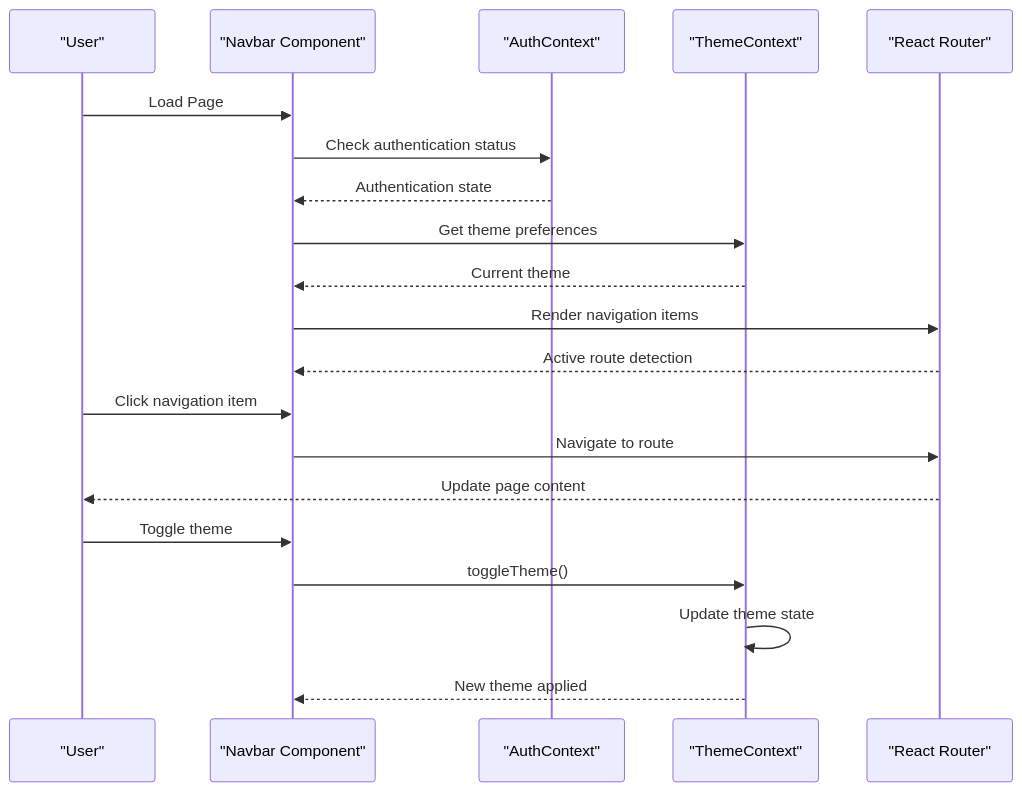
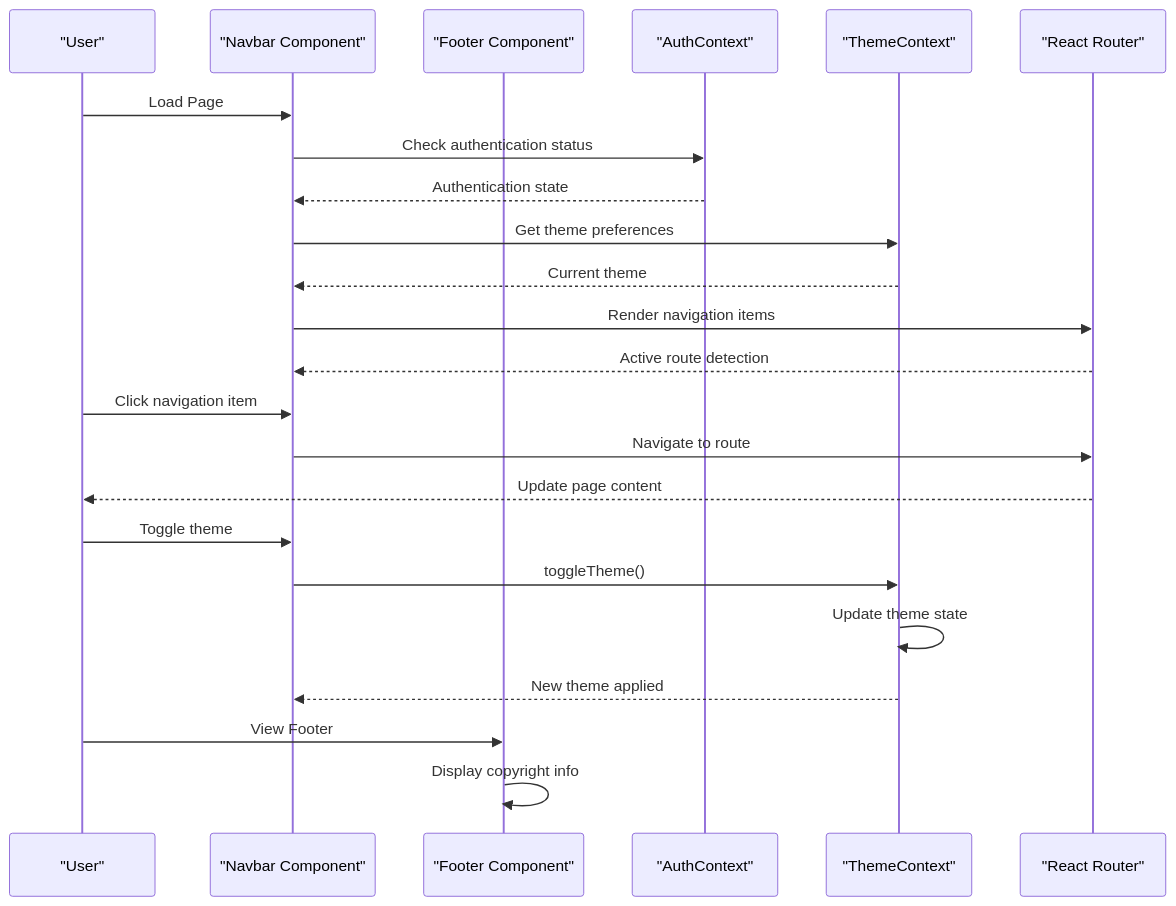
One commit to aayeshasiddiqah2611-pixel/flavora_ai_server changed the sixth of 14 diagrams in .qoder/repowiki/en/content/Component System Architecture.md. Above: the diagram before and after it, drawn with Mermaid. The commit also changed other lines of this file and 20 other files, not shown here.

````diff
--- a/.qoder/repowiki/en/content/Component System Architecture.md
+++ b/.qoder/repowiki/en/content/Component System Architecture.md
@@ -263,22 +288,25 @@
 ```mermaid
 sequenceDiagram
 participant User as "User"
 participant Navbar as "Navbar Component"
+participant Footer as "Footer Component"
 participant AuthCtx as "AuthContext"
 participant ThemeCtx as "ThemeContext"
 participant Router as "React Router"
 User->>Navbar : Load Page
 Navbar->>AuthCtx : Check authentication status
 AuthCtx-->>Navbar : Authentication state
 Navbar->>ThemeCtx : Get theme preferences
 ThemeCtx-->>Navbar : Current theme
 Navbar->>Router : Render navigation items
 Router-->>Navbar : Active route detection
 User->>Navbar : Click navigation item
 Navbar->>Router : Navigate to route
 Router-->>User : Update page content
 User->>Navbar : Toggle theme
 Navbar->>ThemeCtx : toggleTheme()
 ThemeCtx->>ThemeCtx : Update theme state
 ThemeCtx-->>Navbar : New theme applied
+User->>Footer : View Footer
+Footer->>Footer : Display copyright info
 ```
````
